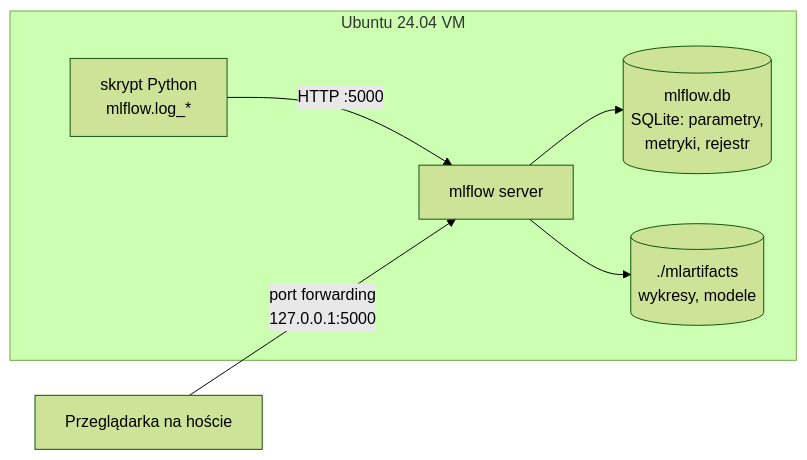
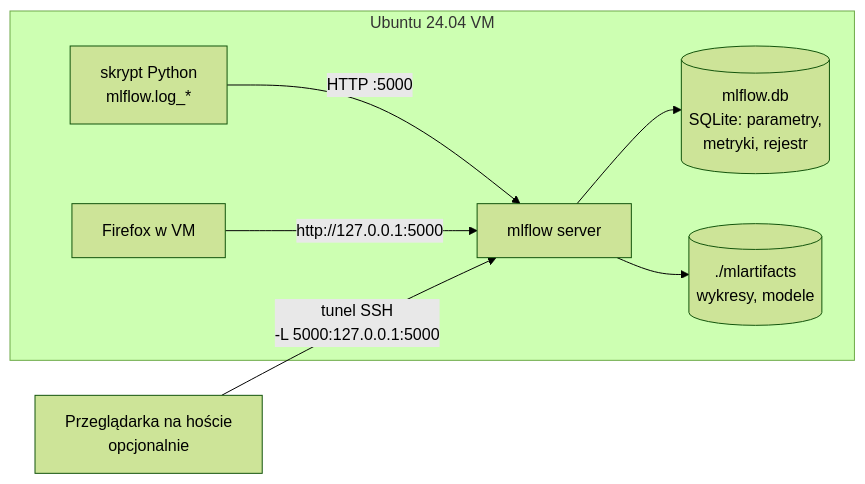
One commit to zacniewski/materials-about-MLOps changed the first of 2 diagrams in labs-PL/lab_02_mlflow_tracking.md. Above: the diagram before and after it, drawn with Mermaid (forest theme). The commit also changed other lines of this file and 17 other files, not shown here.

````diff
--- a/labs-PL/lab_02_mlflow_tracking.md
+++ b/labs-PL/lab_02_mlflow_tracking.md
@@ -35,9 +35,10 @@
 ```mermaid
 flowchart LR
     subgraph VM[Ubuntu 24.04 VM]
         S[skrypt Python<br/>mlflow.log_*] -- HTTP :5000 --> T[mlflow server]
         T --> DB[(mlflow.db<br/>SQLite: parametry,<br/>metryki, rejestr)]
         T --> A[(./mlartifacts<br/>wykresy, modele)]
+        B[Firefox w VM] -- http://127.0.0.1:5000 --> T
     end
-    B[Przeglądarka na hoście] -- port forwarding<br/>127.0.0.1:5000 --> T
+    H[Przeglądarka na hoście<br/>opcjonalnie] -- tunel SSH<br/>-L 5000:127.0.0.1:5000 --> T
 ```
````
